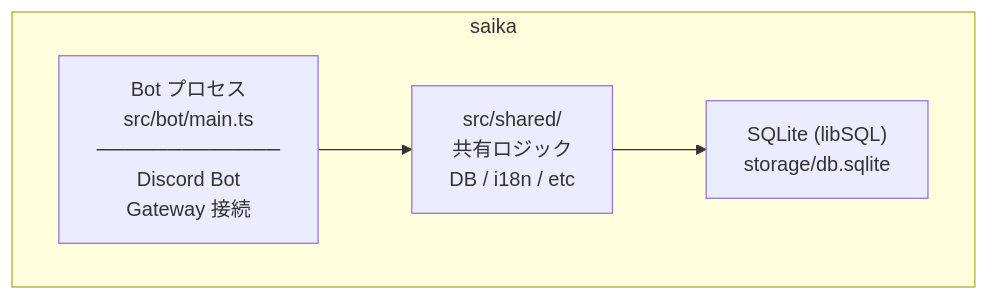
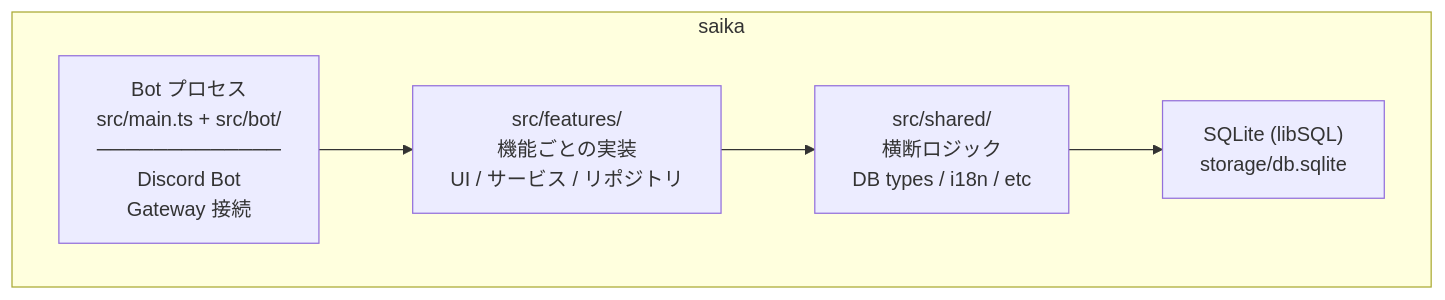
The diagram in docs/guides/ARCHITECTURE.md (ayasono-project/saika), drawn with Mermaid before and after one commit. The commit also changed other lines of this file and 954 other files, not shown here.

First line of the commit message:
refactor: src を {bot,features,shared} 構成に再編（main.ts移動・features統合）

````diff
--- a/docs/guides/ARCHITECTURE.md
+++ b/docs/guides/ARCHITECTURE.md
@@ -36,10 +35,12 @@
 ```mermaid
 graph TD
     subgraph saika["saika"]
-        Bot["Bot プロセス<br>src/bot/main.ts<br>─────────────<br>Discord Bot<br>Gateway 接続"]
-        Shared["src/shared/<br>共有ロジック<br>DB / i18n / etc"]
+        Bot["Bot プロセス<br>src/main.ts + src/bot/<br>─────────────<br>Discord Bot<br>Gateway 接続"]
+        Features["src/features/<br>機能ごとの実装<br>UI / サービス / リポジトリ"]
+        Shared["src/shared/<br>横断ロジック<br>DB types / i18n / etc"]
         DB["SQLite (libSQL)<br>storage/db.sqlite"]
     end
-    Bot --> Shared
+    Bot --> Features
+    Features --> Shared
     Shared --> DB
 ```
````
